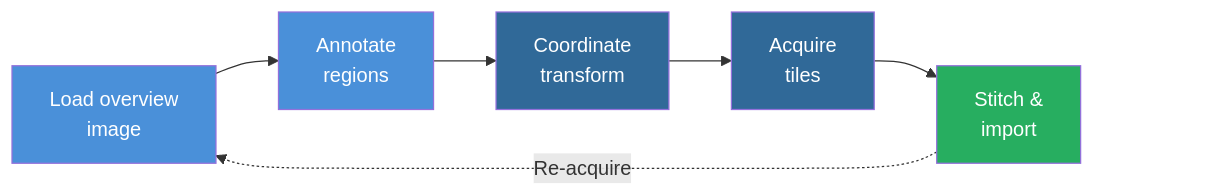
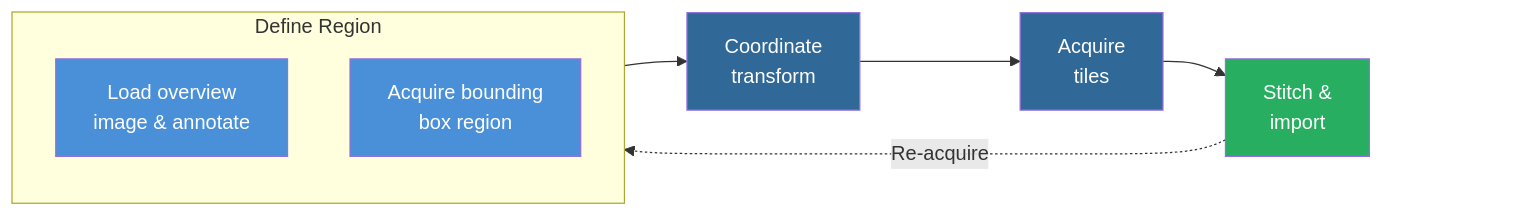
One commit to uw-loci/QPSC changed the second of 3 diagrams in README.md. Above: the diagram before and after it, drawn with Mermaid.

Commit message:
Show two entry points: overview image or bounding box acquisition

````diff
--- a/README.md
+++ b/README.md
@@ -80,13 +80,19 @@
 ```mermaid
 flowchart LR
-    Img["Load overview<br/>image"] --> ROI["Annotate<br/>regions"] --> Xform["Coordinate<br/>transform"] --> Acq["Acquire<br/>tiles"] --> Stitch["Stitch &<br/>import"]
+    subgraph Start["Define Region"]
+        direction TB
+        Img["Load overview<br/>image & annotate"]
+        Acq0["Acquire bounding<br/>box region"]
+    end
+
+    Start --> Xform["Coordinate<br/>transform"] --> Acq["Acquire<br/>tiles"] --> Stitch["Stitch &<br/>import"]
     Stitch -.->|"Re-acquire"| Img
     Stitch ~~~ PAD[ ]
 
     style Img fill:#4A90D9,color:#fff
-    style ROI fill:#4A90D9,color:#fff
+    style Acq0 fill:#4A90D9,color:#fff
     style Xform fill:#306998,color:#fff
     style Acq fill:#306998,color:#fff
     style Stitch fill:#27AE60,color:#fff
     style PAD fill:none,stroke:none,color:none
 ```
````
